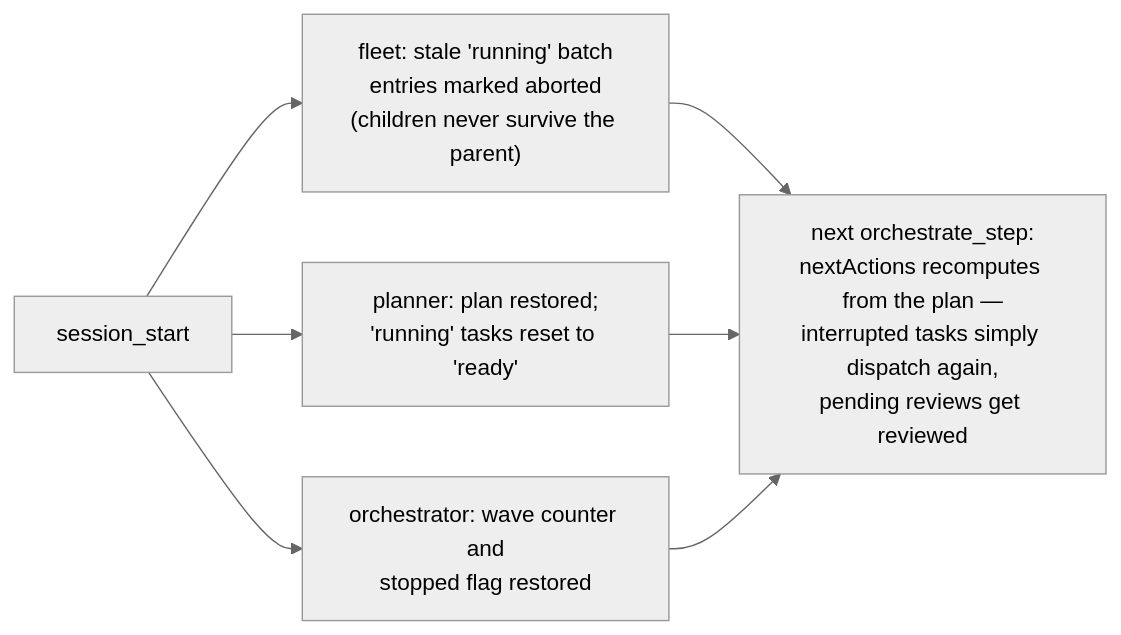
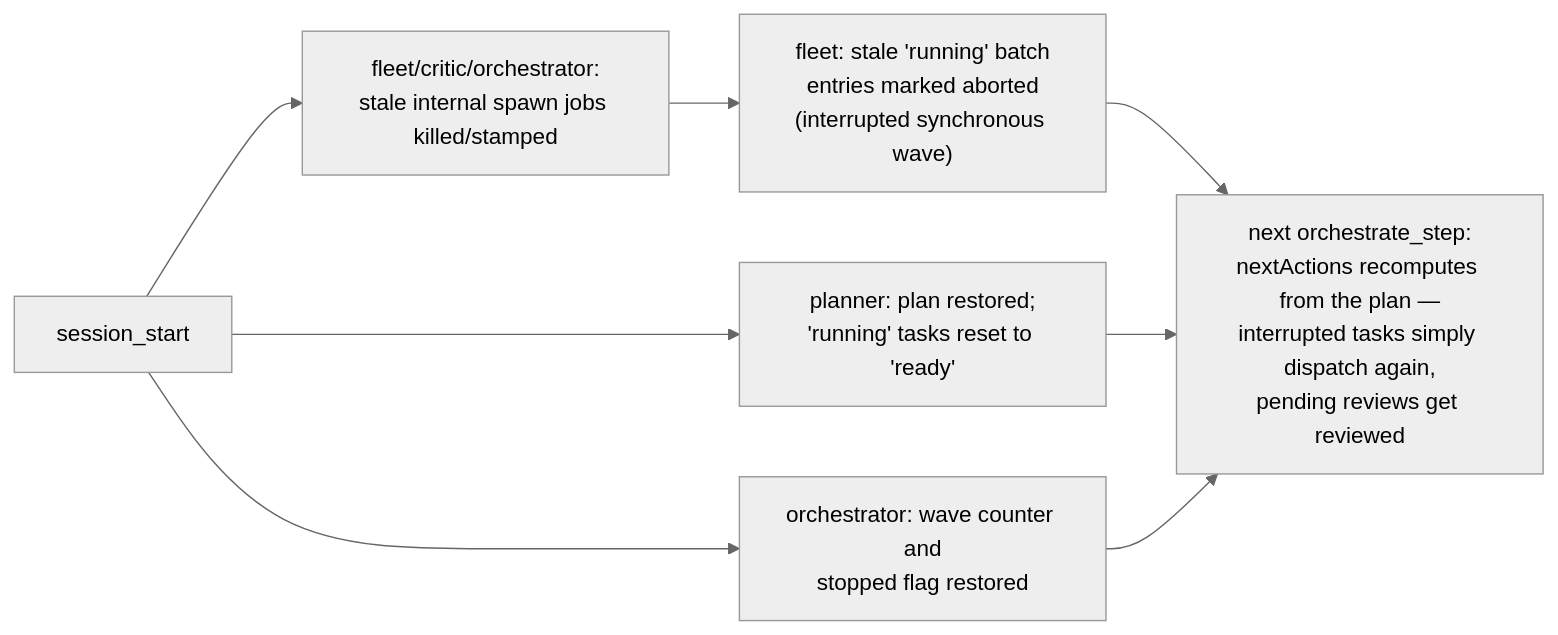
One commit to ulvestuen/pi-kit changed the ninth of 9 diagrams in docs/orchestrator-architecture.md. Above: the diagram before and after it, drawn with Mermaid (neutral theme). The commit also changed other lines of this file and 20 other files, not shown here.

````diff
--- a/docs/orchestrator-architecture.md
+++ b/docs/orchestrator-architecture.md
@@ -395,9 +397,10 @@
 ```mermaid
 flowchart LR
-    restart["session_start"] --> f["fleet: stale 'running' batch<br/>entries marked aborted<br/>(children never survive the parent)"]
+    restart["session_start"] --> c["fleet/critic/orchestrator:<br/>stale internal spawn jobs killed/stamped"]
+    c --> f["fleet: stale 'running' batch<br/>entries marked aborted<br/>(interrupted synchronous wave)"]
     restart --> p["planner: plan restored;<br/>'running' tasks reset to 'ready'"]
     restart --> o["orchestrator: wave counter and<br/>stopped flag restored"]
     f --> resume["next orchestrate_step:<br/>nextActions recomputes from the plan —<br/>interrupted tasks simply dispatch again,<br/>pending reviews get reviewed"]
     p --> resume
     o --> resume
 ```
````
